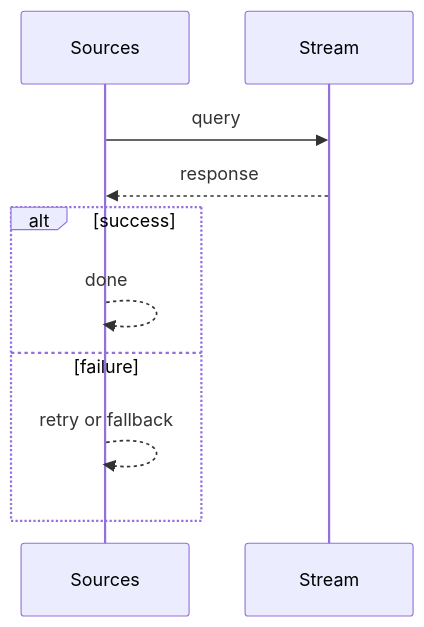
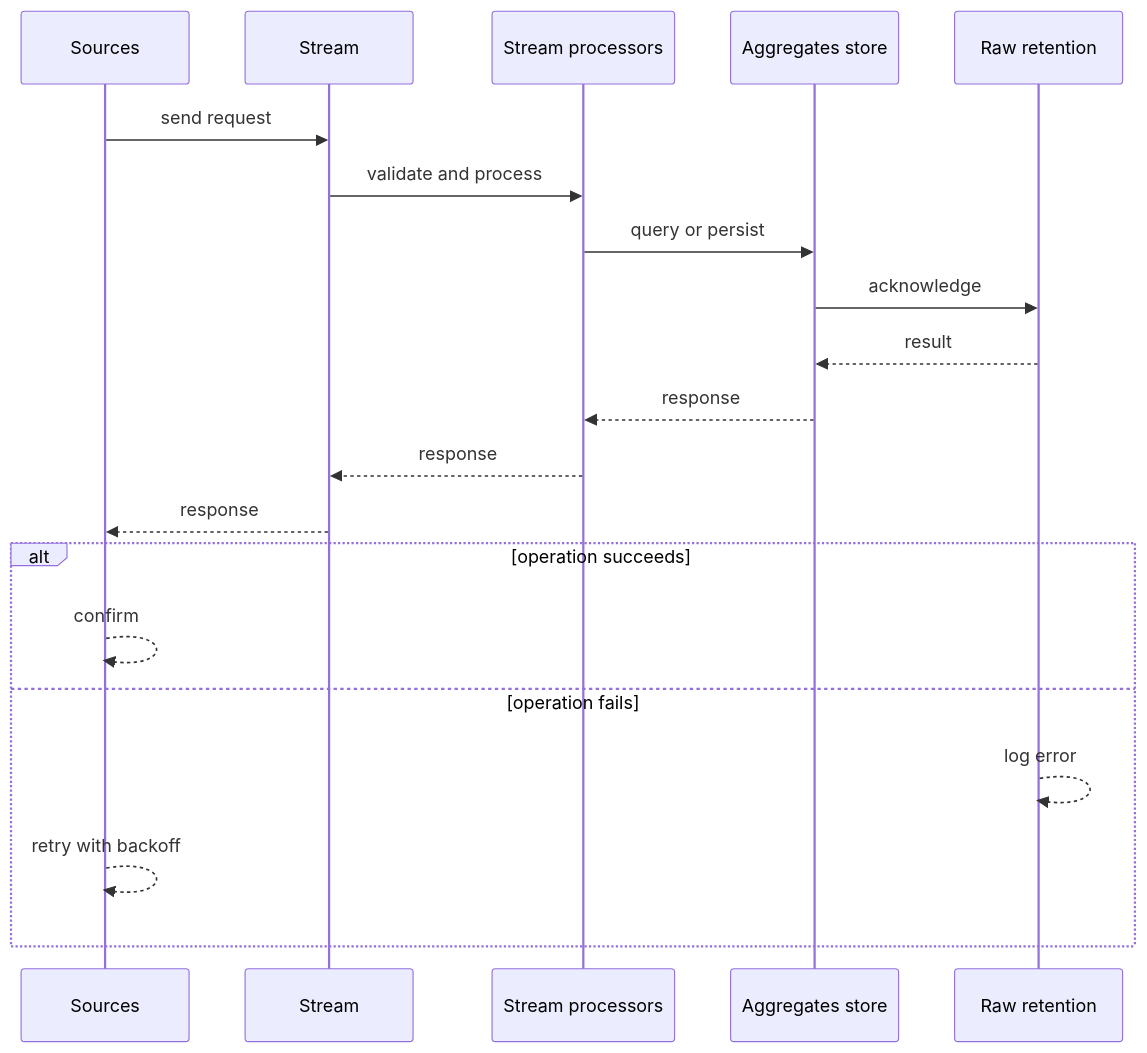
The second of 4 diagrams in case-studies/advanced/real-time-analytics.md (RIT-MESH/system-design-mastery), drawn with Mermaid before and after one commit. The commit also changed other lines of this file and 64 other files, not shown here.

````diff
--- a/case-studies/advanced/real-time-analytics.md
+++ b/case-studies/advanced/real-time-analytics.md
@@ -78,13 +66,23 @@
 ```mermaid
 %% created-for: system-design-mastery
 sequenceDiagram
-  participant P0 as Sources
-  participant P1 as Stream
-  P0 ->> P1: query
-  P1 -->> P0: response
-  alt success
-    P0 -->> P0: done
-  else failure
-    P0 -->> P0: retry or fallback
+  participant C0 as Sources
+  participant C1 as Stream
+  participant C2 as Stream processors
+  participant C3 as Aggregates store
+  participant C4 as Raw retention
+  C0 ->> C1: send request
+  C1 ->> C2: validate and process
+  C2 ->> C3: query or persist
+  C3 ->> C4: acknowledge
+  C4 -->> C3: result
+  C3 -->> C2: response
+  C2 -->> C1: response
+  C1 -->> C0: response
+  alt operation succeeds
+    C0 -->> C0: confirm
+  else operation fails
+    C4 -->> C4: log error
+    C0 -->> C0: retry with backoff
   end
 ```
````
